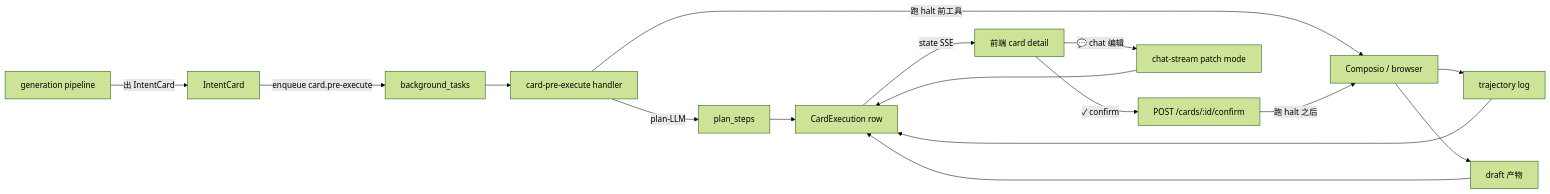
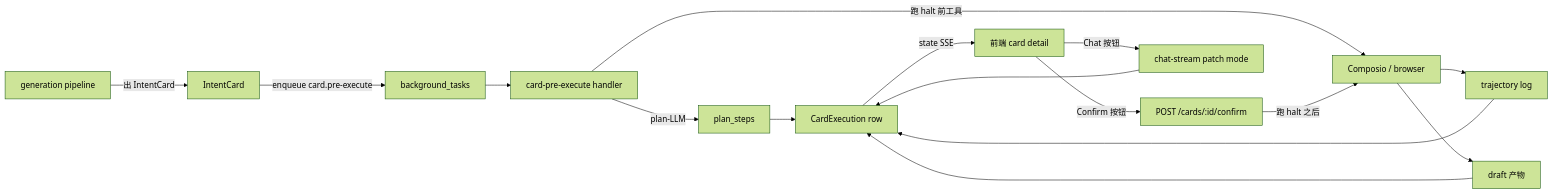
Before and after one commit to Edge-AI-HQ/proactive-assistant: the first of 3 diagrams in docs/plans/2026-04-28-card-execution.mdx, drawn with Mermaid (forest theme). The commit also changed other lines of this file, not shown here.

````diff
--- a/docs/plans/2026-04-28-card-execution.mdx
+++ b/docs/plans/2026-04-28-card-execution.mdx
@@ -137,18 +137,18 @@
 ```mermaid
 flowchart LR
   Pipeline["generation pipeline"] -->|"出 IntentCard"| Card["IntentCard"]
   Card -->|"enqueue card.pre-execute"| Queue["background_tasks"]
   Queue --> Handler["card-pre-execute handler"]
   Handler -->|"plan-LLM"| Plan["plan_steps"]
   Handler -->|"跑 halt 前工具"| Tools["Composio / browser"]
   Tools --> Trajectory["trajectory log"]
   Tools --> Draft["draft 产物"]
   Plan --> CE["CardExecution row"]
   Trajectory --> CE
   Draft --> CE
   CE -->|"state SSE"| FE["前端 card detail"]
-  FE -->|"✓ confirm"| Confirm["POST /cards/:id/confirm"]
+  FE -->|"Confirm 按钮"| Confirm["POST /cards/:id/confirm"]
   Confirm -->|"跑 halt 之后"| Tools
-  FE -->|"💬 chat 编辑"| Patch["chat-stream patch mode"]
+  FE -->|"Chat 按钮"| Patch["chat-stream patch mode"]
   Patch --> CE
 ```
````
